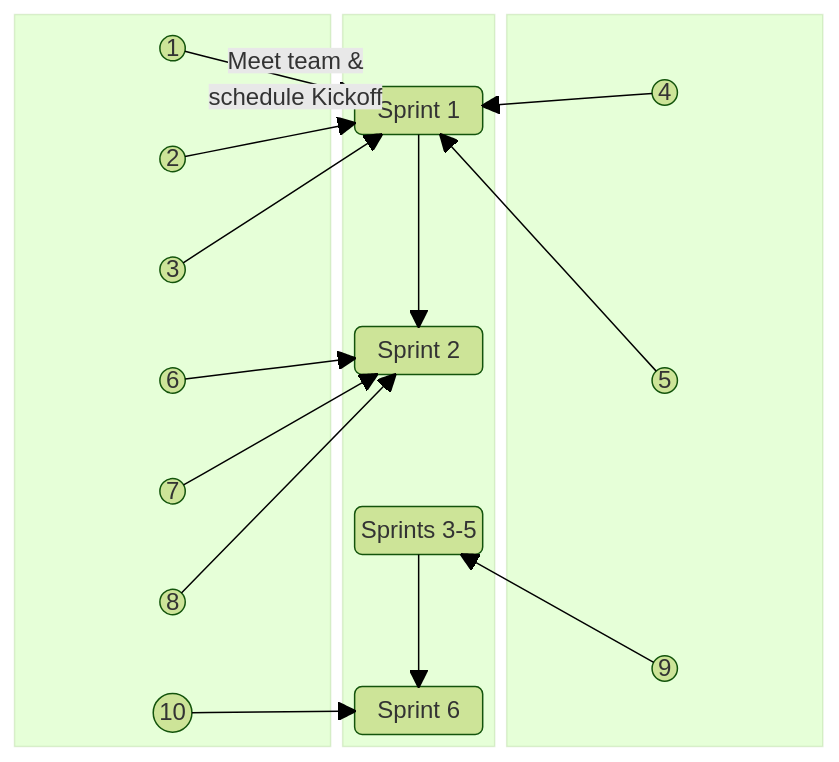
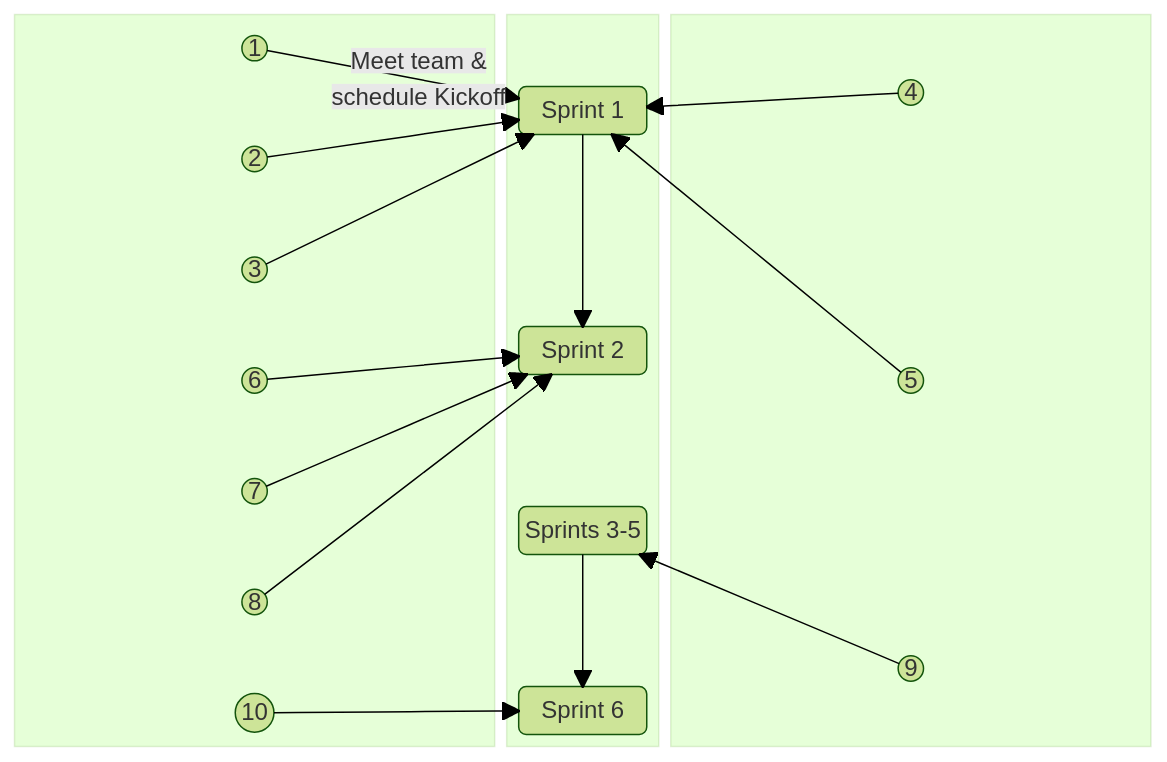
The diagram in README.md (jdmedlock/mermaid_testing), drawn with Mermaid (forest theme) before and after one commit.

Commit message:
Feature: Recreate linear sprint diagram

````diff
--- a/README.md
+++ b/README.md
@@ -4,59 +4,59 @@
 ```mermaid
   block-beta
-    columns 5
-    block:LEFT:2
+    columns 7
+    block:LEFT:3
       columns 1
       A1(("1"))
       space
       A2(("2"))
       space
       A3(("3"))
       space
       A6(("6"))
       space
       A7(("7"))
       space
       A8(("8"))
       space
       A10(("10"))
     end
     
     block:CENTER:1
       columns 1
       space
       SPRINT1("Sprint 1")
       space
       space
       space
       SPRINT2("Sprint 2")
       space
       space
       SPRINT35("Sprints 3-5")
       space
       space
       SPRINT6("Sprint 6")
     end
     
-    block:RIGHT:2
+    block:RIGHT:3
       columns 1
       A4(("4"))
       space
       A5(("5"))
       space
       A9(("9"))
     end
 
     SPRINT1 --> SPRINT2
     SPRINT35 --> SPRINT6
 
     A1 -- "Meet team &</br>schedule Kickoff" --> SPRINT1
     A2 ----> SPRINT1
     A3 ----> SPRINT1
     A4 ----> SPRINT1
     A5 ----> SPRINT1
     A6 ----> SPRINT2
     A7 ----> SPRINT2
     A8 ----> SPRINT2
     A9 ----> SPRINT35
     A10 ----> SPRINT6
 ```
````
